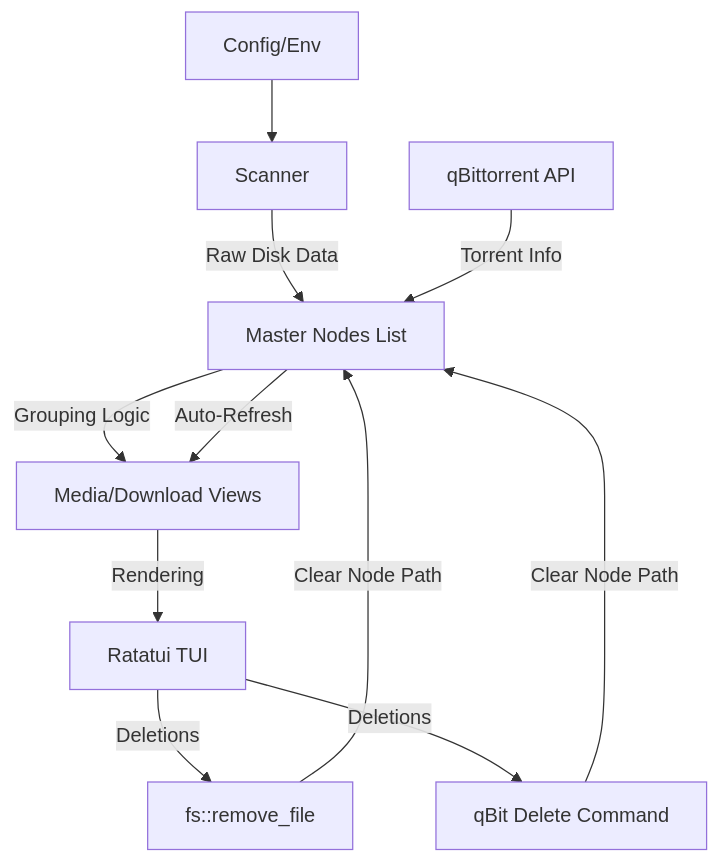
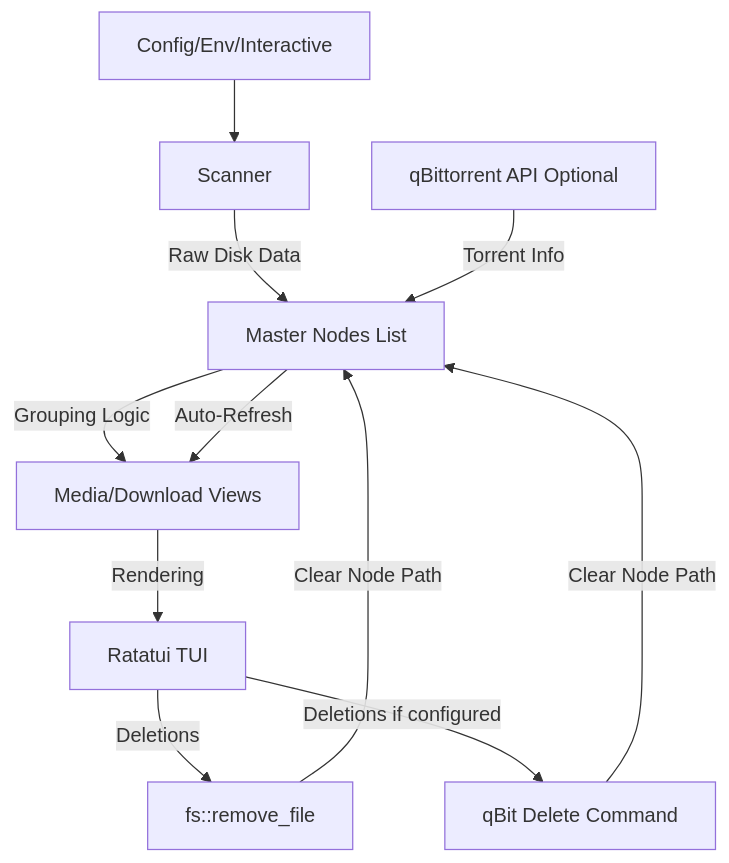
Before and after one commit to albert-araque/ratatidy: the diagram in docs/architecture_overview.md, drawn with Mermaid. The commit also changed other lines of this file and 2 other files, not shown here.

Commit message:
docs: Add initial documentation for implementation state, roadmap, and architecture overview.

````diff
--- a/docs/architecture_overview.md
+++ b/docs/architecture_overview.md
@@ -35,12 +39,12 @@
 ```mermaid
 graph TD
-    Config[Config/Env] --> Scanner
+    Config[Config/Env/Interactive] --> Scanner
     Scanner -->|Raw Disk Data| Nodes[Master Nodes List]
-    QBit[qBittorrent API] -->|Torrent Info| Nodes
+    QBit[qBittorrent API Optional] -->|Torrent Info| Nodes
     Nodes -->|Grouping Logic| Groups[Media/Download Views]
     Groups -->|Rendering| UI[Ratatui TUI]
     UI -->|Deletions| Disk[fs::remove_file]
-    UI -->|Deletions| QBitAPI[qBit Delete Command]
+    UI -->|Deletions if configured| QBitAPI[qBit Delete Command]
     Disk & QBitAPI -->|Clear Node Path| Nodes
     Nodes -->|Auto-Refresh| Groups
 ```
````
